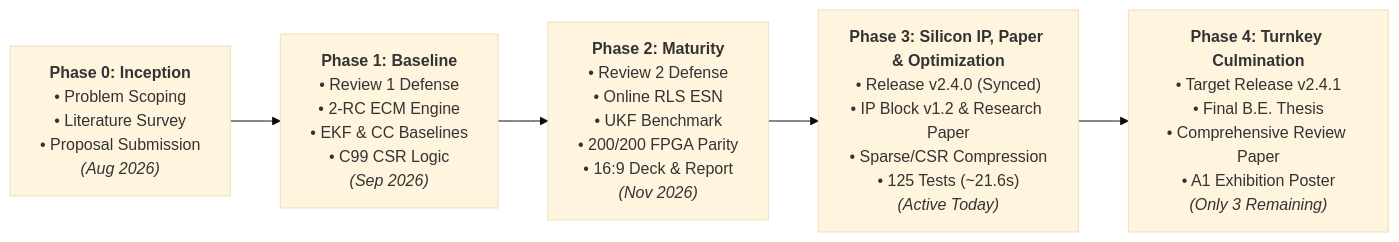
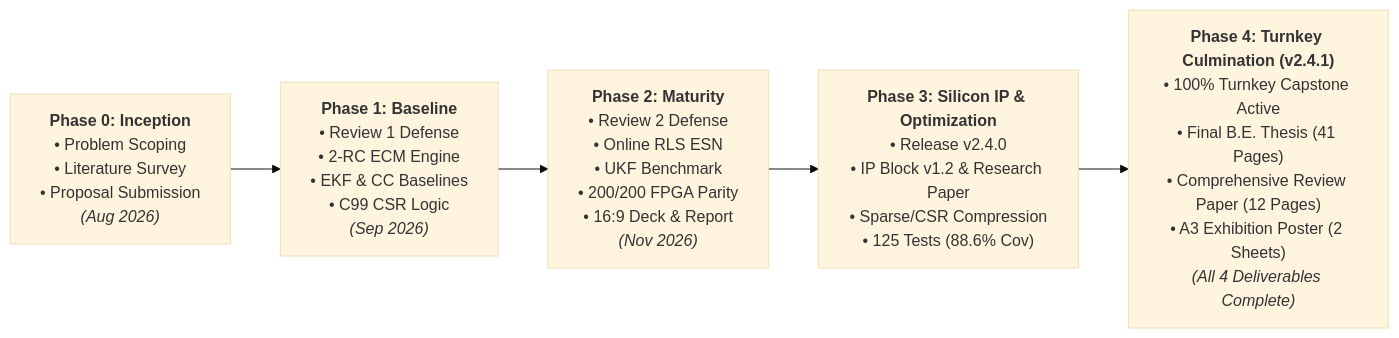
One commit to tanish-jain-225/Battery_State_Estimator_BE_Project_2026_2027 changed the second of 3 diagrams in README.md. Above: the diagram before and after it, drawn with Mermaid (base theme). The commit also changed other lines of this file and 24 other files, not shown here.

Commit message:
feat(release): v2.4.1 complete turnkey capstone release with thesis and poster

````diff
--- a/README.md
+++ b/README.md
@@ -206,7 +206,7 @@
 ```mermaid
 flowchart LR
     M0["<b>Phase 0: Inception</b><br/>• Problem Scoping<br/>• Literature Survey<br/>• Proposal Submission<br/><i>(Aug 2026)</i>"] --> M1["<b>Phase 1: Baseline</b><br/>• Review 1 Defense<br/>• 2-RC ECM Engine<br/>• EKF & CC Baselines<br/>• C99 CSR Logic<br/><i>(Sep 2026)</i>"]
     M1 --> M2["<b>Phase 2: Maturity</b><br/>• Review 2 Defense<br/>• Online RLS ESN<br/>• UKF Benchmark<br/>• 200/200 FPGA Parity<br/>• 16:9 Deck & Report<br/><i>(Nov 2026)</i>"]
-    M2 --> M3["<b>Phase 3: Silicon IP, Paper & Optimization</b><br/>• Release v2.4.0 (Synced)<br/>• IP Block v1.2 & Research Paper<br/>• Sparse/CSR Compression<br/>• 125 Tests (~21.6s)<br/><i>(Active Today)</i>"]
-    M3 --> M4["<b>Phase 4: Turnkey Culmination</b><br/>• Target Release v2.4.1<br/>• Final B.E. Thesis<br/>• Comprehensive Review Paper<br/>• A1 Exhibition Poster<br/><i>(Only 3 Remaining)</i>"]
+    M2 --> M3["<b>Phase 3: Silicon IP & Optimization</b><br/>• Release v2.4.0<br/>• IP Block v1.2 & Research Paper<br/>• Sparse/CSR Compression<br/>• 125 Tests (88.6% Cov)"]
+    M3 --> M4["<b>Phase 4: Turnkey Culmination (v2.4.1)</b><br/>• 100% Turnkey Capstone Active<br/>• Final B.E. Thesis (41 Pages)<br/>• Comprehensive Review Paper (12 Pages)<br/>• A3 Exhibition Poster (2 Sheets)<br/><i>(All 4 Deliverables Complete)</i>"]
 ```
````
